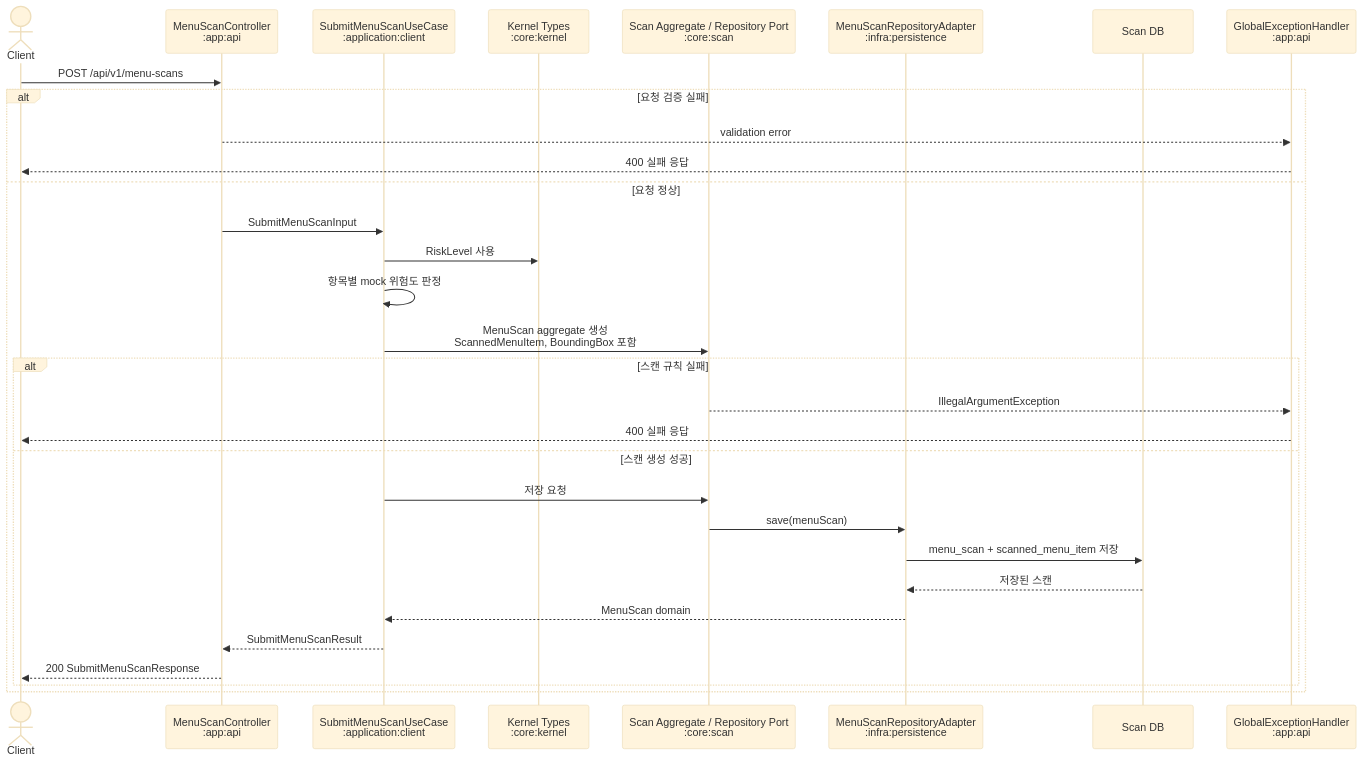
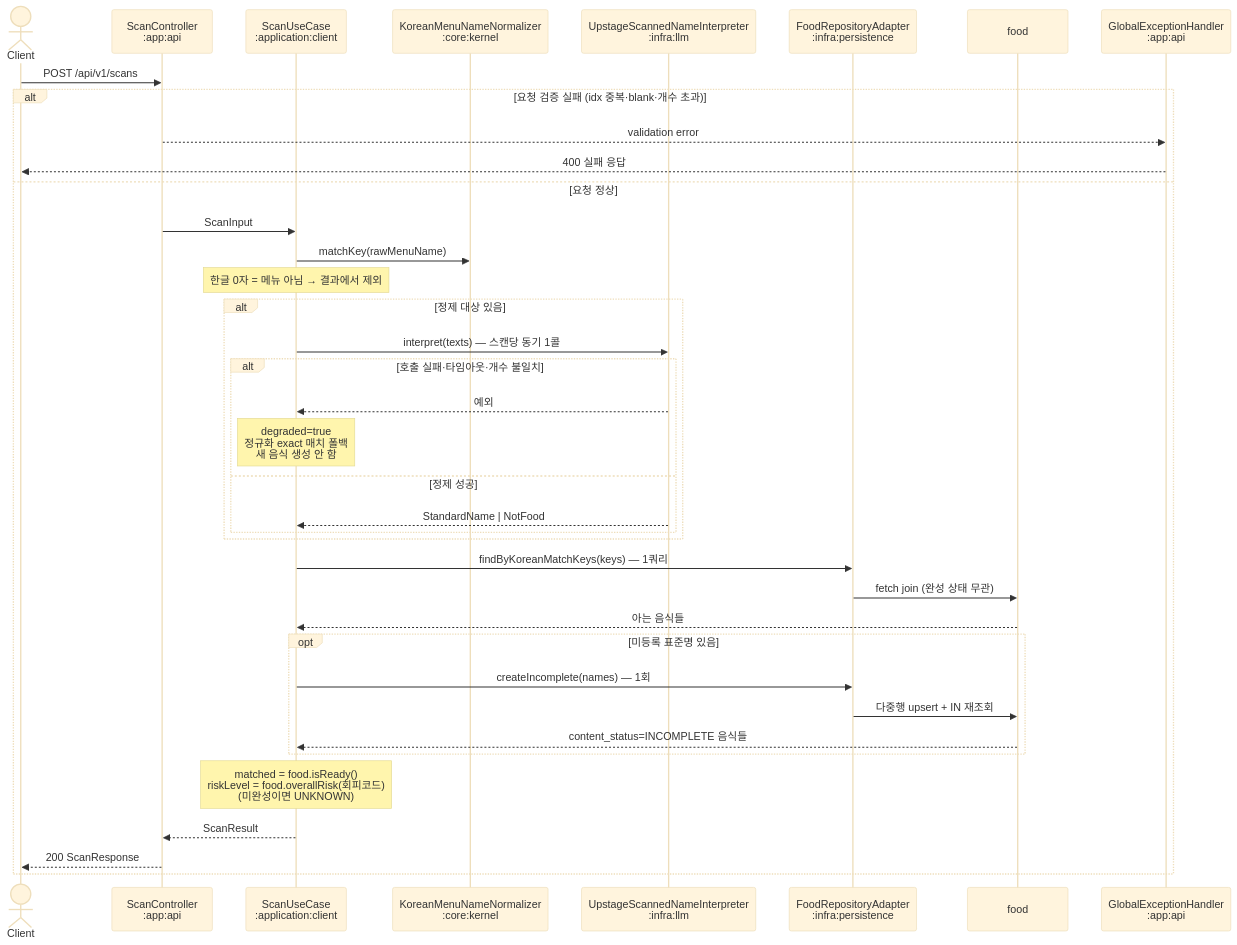
Before and after one commit to team-skyjs/kbap-server: the third of 3 diagrams in docs/architecture/api-request-flows.md, drawn with Mermaid (base theme). The commit also changed other lines of this file and 90 other files, not shown here.

First line of the commit message:
feat(scan): 메뉴 스캔 메뉴명 정제·매칭·위험도 판정 (#41)

````diff
--- a/docs/architecture/api-request-flows.md
+++ b/docs/architecture/api-request-flows.md
@@ -106,34 +106,45 @@
 ```mermaid
 sequenceDiagram
     actor Client
-    participant Controller as MenuScanController<br/>:app:api
-    participant UseCase as SubmitMenuScanUseCase<br/>:application:client
-    participant Kernel as Kernel Types<br/>:core:kernel
-    participant ScanCore as Scan Aggregate / Repository Port<br/>:core:scan
-    participant Persistence as MenuScanRepositoryAdapter<br/>:infra:persistence
-    participant DB as Scan DB
+    participant Controller as ScanController<br/>:app:api
+    participant UseCase as ScanUseCase<br/>:application:client
+    participant Kernel as KoreanMenuNameNormalizer<br/>:core:kernel
+    participant Llm as UpstageScannedNameInterpreter<br/>:infra:llm
+    participant Persistence as FoodRepositoryAdapter<br/>:infra:persistence
+    participant DB as food
     participant Error as GlobalExceptionHandler<br/>:app:api
 
-    Client->>Controller: POST /api/v1/menu-scans
-    alt 요청 검증 실패
+    Client->>Controller: POST /api/v1/scans
+    alt 요청 검증 실패 (idx 중복·blank·개수 초과)
         Controller-->>Error: validation error
         Error-->>Client: 400 실패 응답
     else 요청 정상
-        Controller->>UseCase: SubmitMenuScanInput
-        UseCase->>Kernel: RiskLevel 사용
-        UseCase->>UseCase: 항목별 mock 위험도 판정
-        UseCase->>ScanCore: MenuScan aggregate 생성<br/>ScannedMenuItem, BoundingBox 포함
-        alt 스캔 규칙 실패
-            ScanCore-->>Error: IllegalArgumentException
-            Error-->>Client: 400 실패 응답
-        else 스캔 생성 성공
-            UseCase->>ScanCore: 저장 요청
-            ScanCore->>Persistence: save(menuScan)
-            Persistence->>DB: menu_scan + scanned_menu_item 저장
-            DB-->>Persistence: 저장된 스캔
-            Persistence-->>UseCase: MenuScan domain
-            UseCase-->>Controller: SubmitMenuScanResult
-            Controller-->>Client: 200 SubmitMenuScanResponse
+        Controller->>UseCase: ScanInput
+        UseCase->>Kernel: matchKey(rawMenuName)
+        Note over UseCase: 한글 0자 = 메뉴 아님 → 결과에서 제외
+
+        alt 정제 대상 있음
+            UseCase->>Llm: interpret(texts) — 스캔당 동기 1콜
+            alt 호출 실패·타임아웃·개수 불일치
+                Llm-->>UseCase: 예외
+                Note over UseCase: degraded=true<br/>정규화 exact 매치 폴백<br/>새 음식 생성 안 함
+            else 정제 성공
+                Llm-->>UseCase: StandardName | NotFood
+            end
         end
+
+        UseCase->>Persistence: findByKoreanMatchKeys(keys) — 1쿼리
+        Persistence->>DB: fetch join (완성 상태 무관)
+        DB-->>UseCase: 아는 음식들
+
+        opt 미등록 표준명 있음
+            UseCase->>Persistence: createIncomplete(names) — 1회
+            Persistence->>DB: 다중행 upsert + IN 재조회
+            DB-->>UseCase: content_status=INCOMPLETE 음식들
+        end
+
+        Note over UseCase: matched = food.isReady()<br/>riskLevel = food.overallRisk(회피코드)<br/>(미완성이면 UNKNOWN)
+        UseCase-->>Controller: ScanResult
+        Controller-->>Client: 200 ScanResponse
     end
 ```
````
